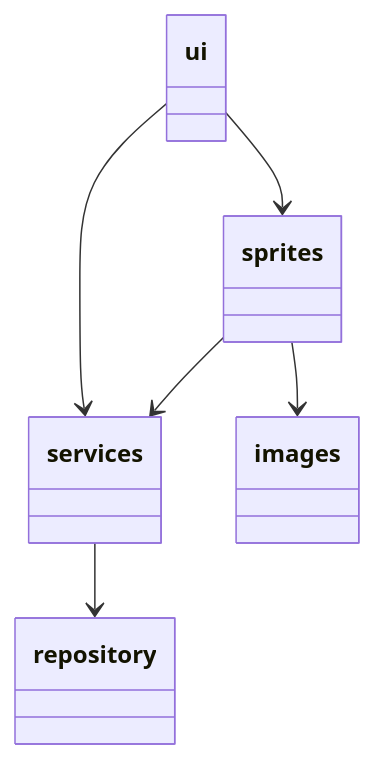
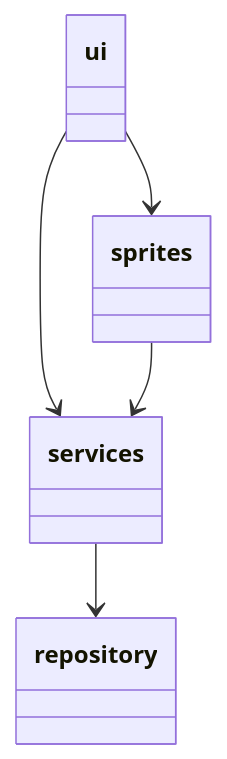
The first of 2 diagrams in dokumentaatio/arkkitehtuuri.md (emlyy/ot-harjoitustyo), drawn with Mermaid before and after one commit.

````diff
--- a/dokumentaatio/arkkitehtuuri.md
+++ b/dokumentaatio/arkkitehtuuri.md
@@ -6,8 +6,7 @@
 ```mermaid
  classDiagram
       ui --> services
       ui --> sprites
       services --> repository
-      sprites --> images
       sprites --> services
 ```
````
